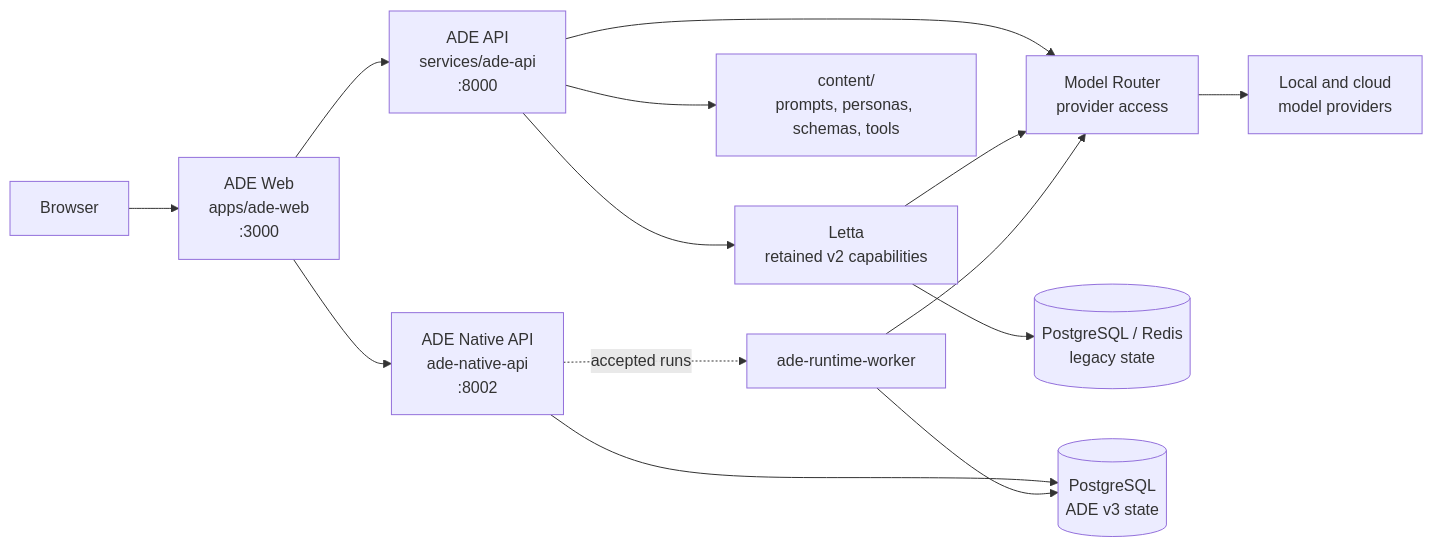
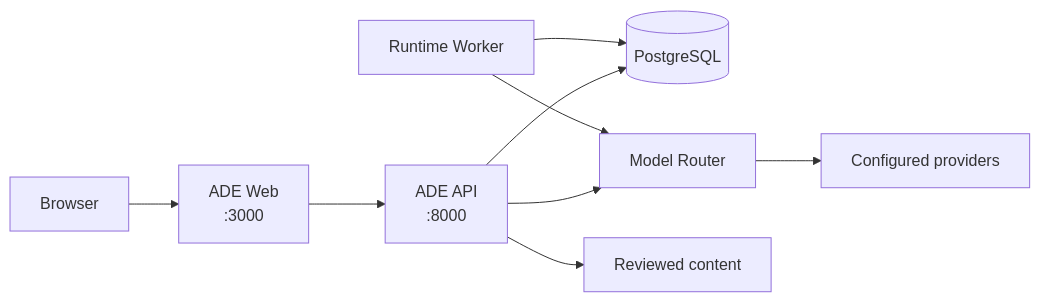
The diagram in docs/architecture/overview.md (Wenjun-Mao/Letta-Open-ADE), drawn with Mermaid before and after one commit. The commit also changed other lines of this file and 468 other files, not shown here.

Commit message:
refactor: consolidate ADE onto native runtime

````diff
--- a/docs/architecture/overview.md
+++ b/docs/architecture/overview.md
@@ -14,16 +7,11 @@
 ```mermaid
 flowchart LR
-    B[Browser] --> W[ADE Web\napps/ade-web\n:3000]
-    W --> A[ADE API\nservices/ade-api\n:8000]
-    W --> N[ADE Native API\nade-native-api\n:8002]
-    A --> L[Letta\nretained v2 capabilities]
-    A --> R[Model Router\nprovider access]
-    L --> R
-    R --> P[Local and cloud\nmodel providers]
-    A --> C[content/\nprompts, personas, schemas, tools]
-    L --> S[(PostgreSQL / Redis\nlegacy state)]
-    N --> D[(PostgreSQL\nADE v3 state)]
-    N -. accepted runs .-> V[ade-runtime-worker]
-    V --> D
-    V --> R
+    B[Browser] --> W[ADE Web\n:3000]
+    W --> A[ADE API\n:8000]
+    A --> P[(PostgreSQL)]
+    A --> R[Model Router]
+    K[Runtime Worker] --> P
+    K --> R
+    R --> M[Configured providers]
+    A --> C[Reviewed content]
 ```
````
